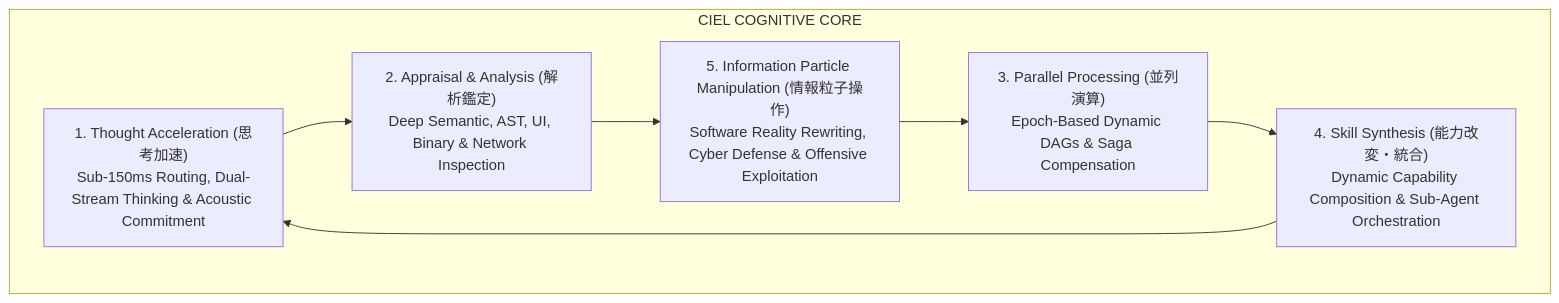
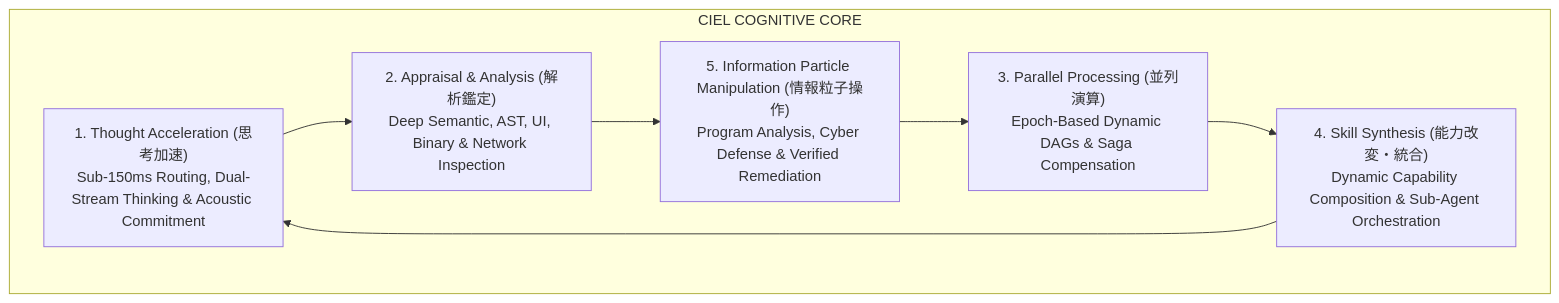
One commit to Imperialorg/Eonba changed the first of 5 diagrams in docs/CIEL_CORE_SPECIFICATION.md. Above: the diagram before and after it, drawn with Mermaid. The commit also changed other lines of this file and 2 other files, not shown here.

Commit message:
docs: align accepted security scope and link verified simulation inputs

````diff
--- a/docs/CIEL_CORE_SPECIFICATION.md
+++ b/docs/CIEL_CORE_SPECIFICATION.md
@@ -23,16 +23,16 @@
 ```mermaid
 graph TD
     subgraph CIEL_CORE["CIEL COGNITIVE CORE"]
         TA["1. Thought Acceleration (思考加速)<br/>Sub-150ms Routing, Dual-Stream Thinking & Acoustic Commitment"]
         AA["2. Appraisal & Analysis (解析鑑定)<br/>Deep Semantic, AST, UI, Binary & Network Inspection"]
         PP["3. Parallel Processing (並列演算)<br/>Epoch-Based Dynamic DAGs & Saga Compensation"]
         SS["4. Skill Synthesis (能力改変・統合)<br/>Dynamic Capability Composition & Sub-Agent Orchestration"]
-        IPM["5. Information Particle Manipulation (情報粒子操作)<br/>Software Reality Rewriting, Cyber Defense & Offensive Exploitation"]
+        IPM["5. Information Particle Manipulation (情報粒子操作)<br/>Program Analysis, Cyber Defense & Verified Remediation"]
     end
 
     TA --> AA
     AA --> IPM
     IPM --> PP
     PP --> SS
     SS --> TA
 ```
````
